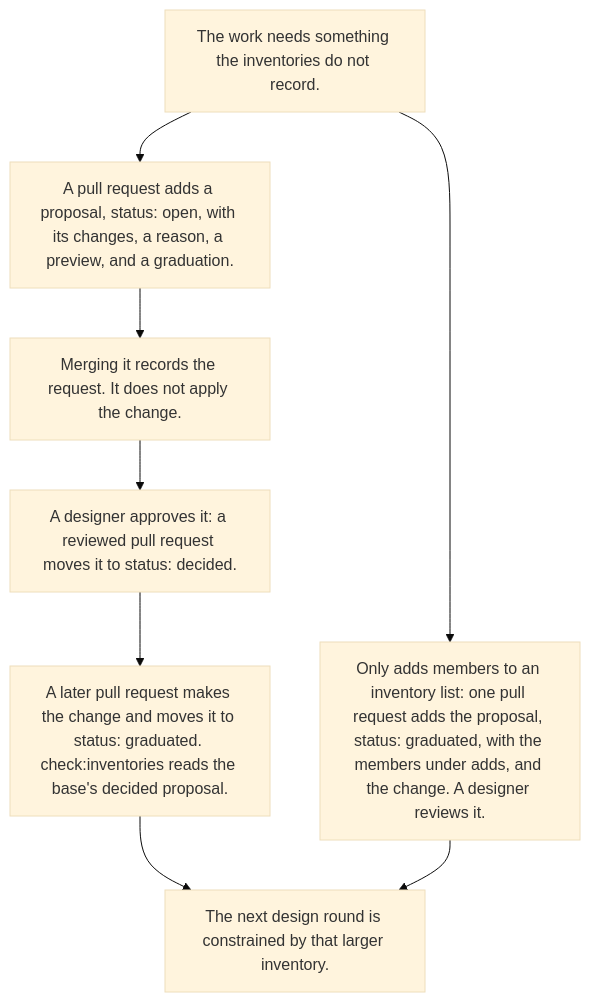
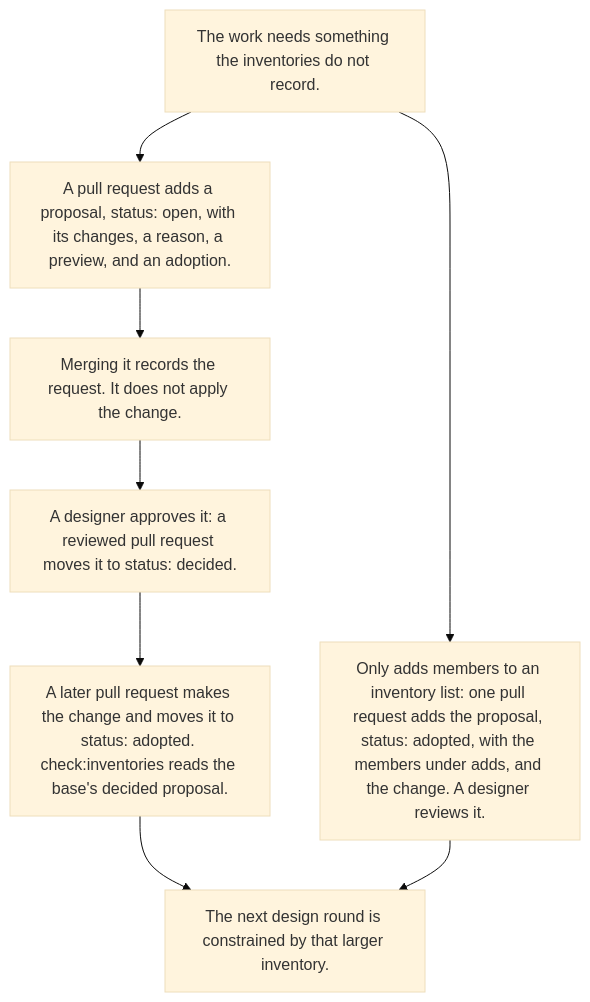
Before and after one commit to tounsoo/agent-design-loop: the fourth of 7 diagrams in packages/harness/docs/how-it-works.md, drawn with Mermaid (base theme). The commit also changed other lines of this file and 75 other files, not shown here.

First line of the commit message:
Rename graduate to adopt across the harness

````diff
--- a/packages/harness/docs/how-it-works.md
+++ b/packages/harness/docs/how-it-works.md
@@ -276,12 +276,12 @@
 ```mermaid
 flowchart TB
   gap["The work needs something the inventories do not record."]
-  file["A pull request adds a proposal, status: open, with its changes, a reason, a preview, and a graduation."]
+  file["A pull request adds a proposal, status: open, with its changes, a reason, a preview, and an adoption."]
   record["Merging it records the request. It does not apply the change."]
   person["A designer approves it: a reviewed pull request moves it to status: decided."]
-  graduate["A later pull request makes the change and moves it to status: graduated. check:inventories reads the base's decided proposal."]
-  adds["Only adds members to an inventory list: one pull request adds the proposal, status: graduated, with the members under adds, and the change. A designer reviews it."]
+  adopt["A later pull request makes the change and moves it to status: adopted. check:inventories reads the base's decided proposal."]
+  adds["Only adds members to an inventory list: one pull request adds the proposal, status: adopted, with the members under adds, and the change. A designer reviews it."]
   next["The next design round is constrained by that larger inventory."]
-  gap --> file --> record --> person --> graduate --> next
+  gap --> file --> record --> person --> adopt --> next
   gap --> adds --> next
 ```
````
